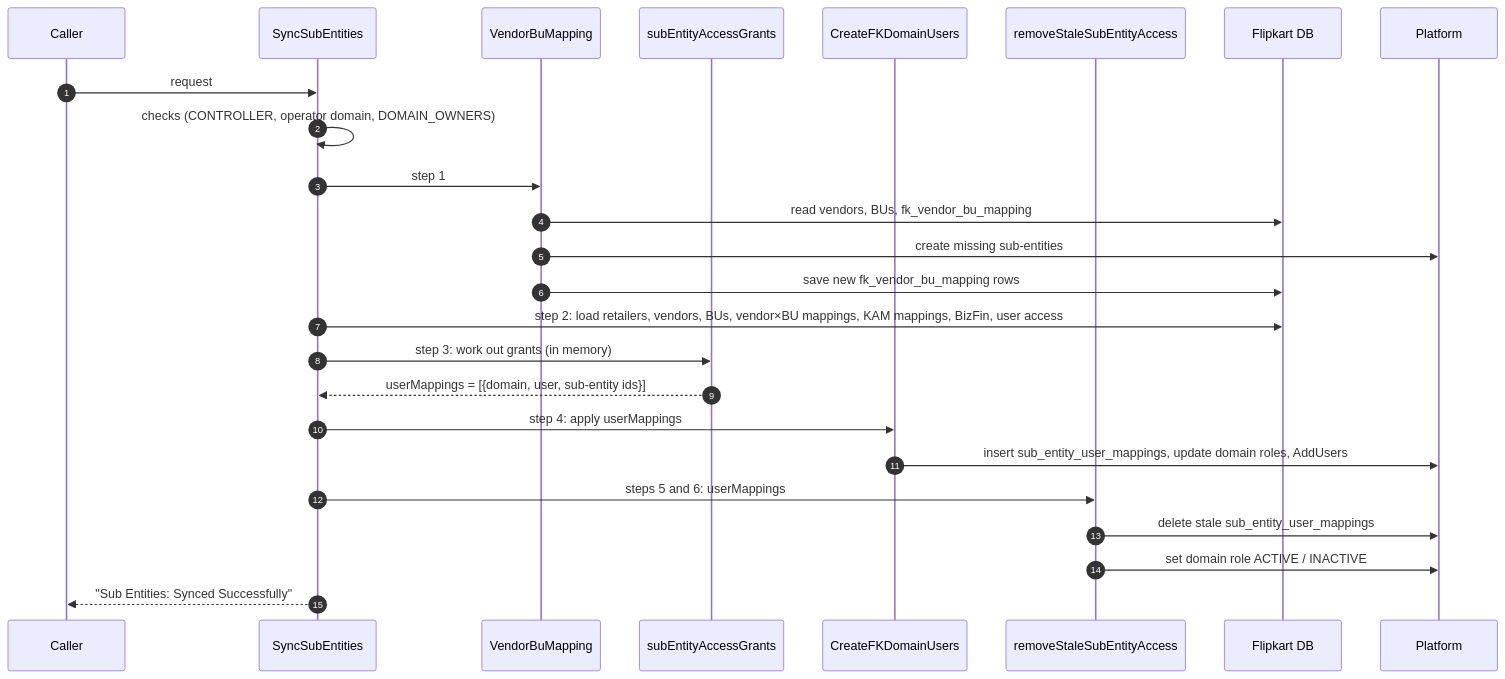
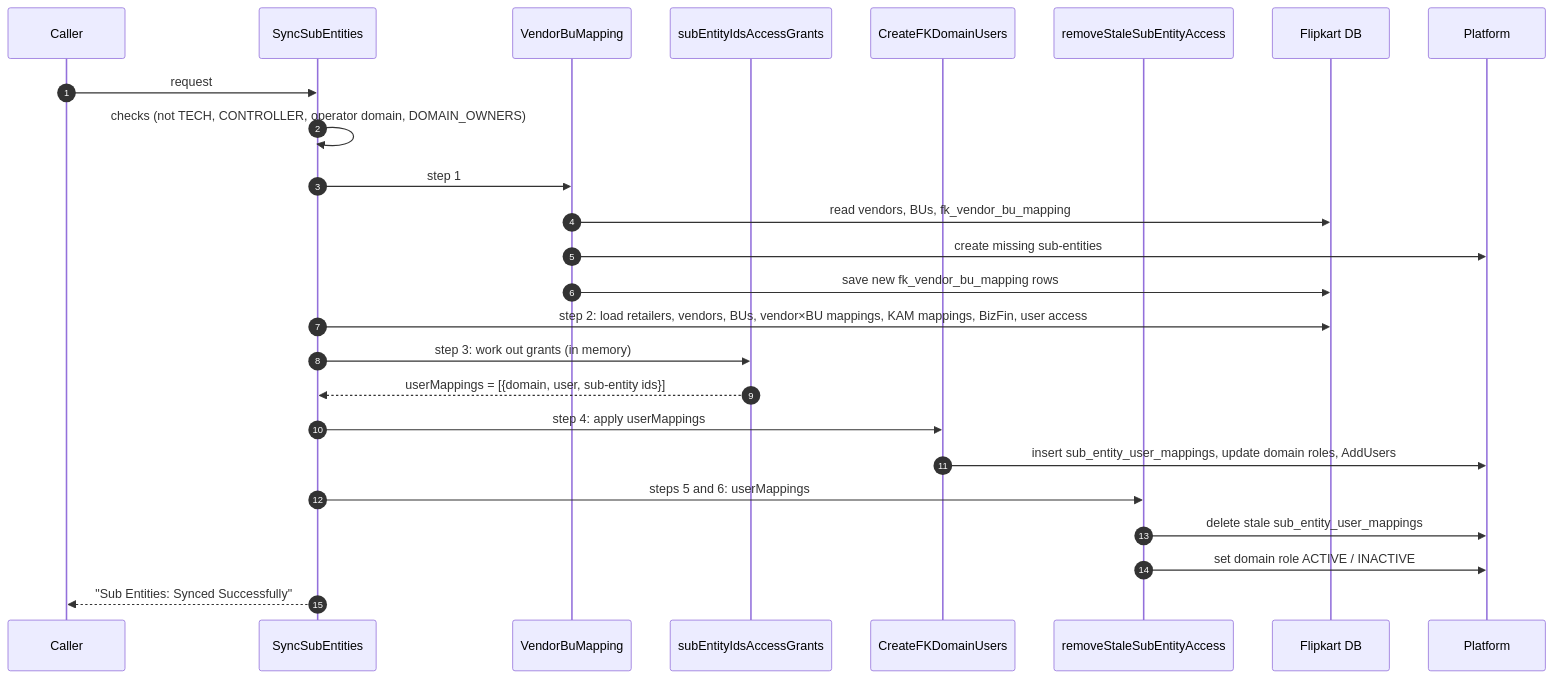
The third of 7 diagrams in sync_subentities.md (vijetapriya1/Vijeta-docs), drawn with Mermaid before and after one commit. The commit also changed other lines of this file, not shown here.

````diff
--- a/sync_subentities.md
+++ b/sync_subentities.md
@@ -98,28 +98,28 @@
 ```mermaid
 sequenceDiagram
     autonumber
     participant C as Caller
     participant S as SyncSubEntities
     participant V as VendorBuMapping
-    participant G as subEntityAccessGrants
+    participant G as subEntityIdsAccessGrants
     participant U as CreateFKDomainUsers
     participant R as removeStaleSubEntityAccess
     participant FK as Flipkart DB
     participant P as Platform
 
     C->>S: request
-    S->>S: checks (CONTROLLER, operator domain, DOMAIN_OWNERS)
+    S->>S: checks (not TECH, CONTROLLER, operator domain, DOMAIN_OWNERS)
     S->>V: step 1
     V->>FK: read vendors, BUs, fk_vendor_bu_mapping
     V->>P: create missing sub-entities
     V->>FK: save new fk_vendor_bu_mapping rows
     S->>FK: step 2: load retailers, vendors, BUs, vendor×BU mappings, KAM mappings, BizFin, user access
     S->>G: step 3: work out grants (in memory)
     G-->>S: userMappings = [{domain, user, sub-entity ids}]
     S->>U: step 4: apply userMappings
     U->>P: insert sub_entity_user_mappings, update domain roles, AddUsers
     S->>R: steps 5 and 6: userMappings
     R->>P: delete stale sub_entity_user_mappings
     R->>P: set domain role ACTIVE / INACTIVE
     S-->>C: "Sub Entities: Synced Successfully"
 ```
````
